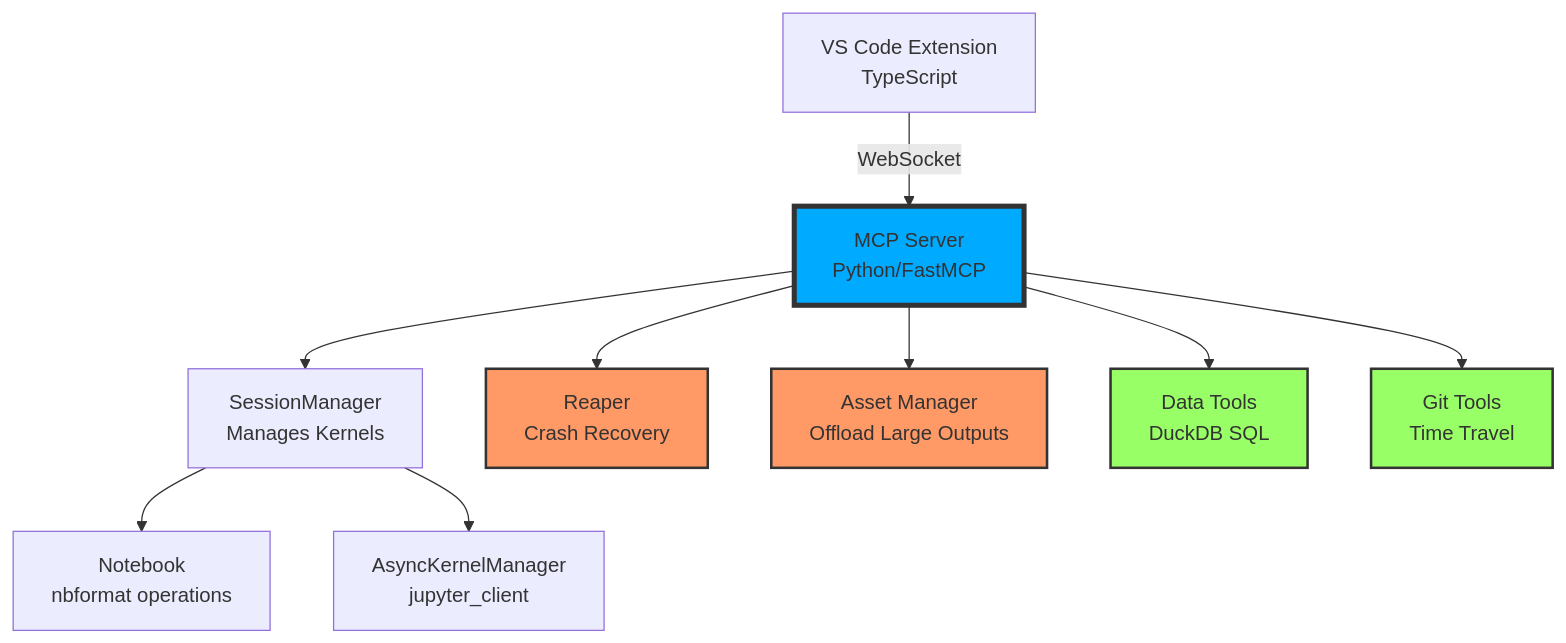
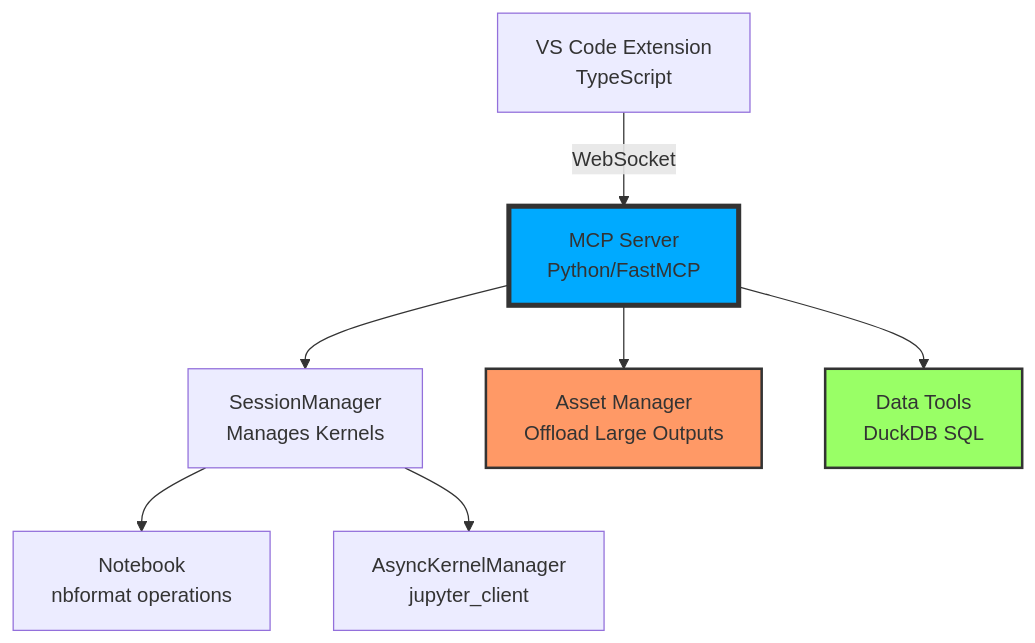
Before and after one commit to davidwarshawsky/mcp-server-jupyter: the diagram in docs/index.md, drawn with Mermaid. The commit also changed other lines of this file and 6 other files, not shown here.

````diff
--- a/docs/index.md
+++ b/docs/index.md
@@ -162,17 +146,13 @@
 ```mermaid
 graph TB
     A[VS Code Extension<br/>TypeScript] -->|WebSocket| B[MCP Server<br/>Python/FastMCP]
     B --> C[SessionManager<br/>Manages Kernels]
     C --> D[Notebook<br/>nbformat operations]
     C --> E[AsyncKernelManager<br/>jupyter_client]
-    B --> F[Reaper<br/>Crash Recovery]
     B --> G[Asset Manager<br/>Offload Large Outputs]
     B --> H[Data Tools<br/>DuckDB SQL]
-    B --> I[Git Tools<br/>Time Travel]
     
     style B fill:#0af,stroke:#333,stroke-width:4px
-    style F fill:#f96,stroke:#333,stroke-width:2px
     style G fill:#f96,stroke:#333,stroke-width:2px
     style H fill:#9f6,stroke:#333,stroke-width:2px
-    style I fill:#9f6,stroke:#333,stroke-width:2px
 ```
````
